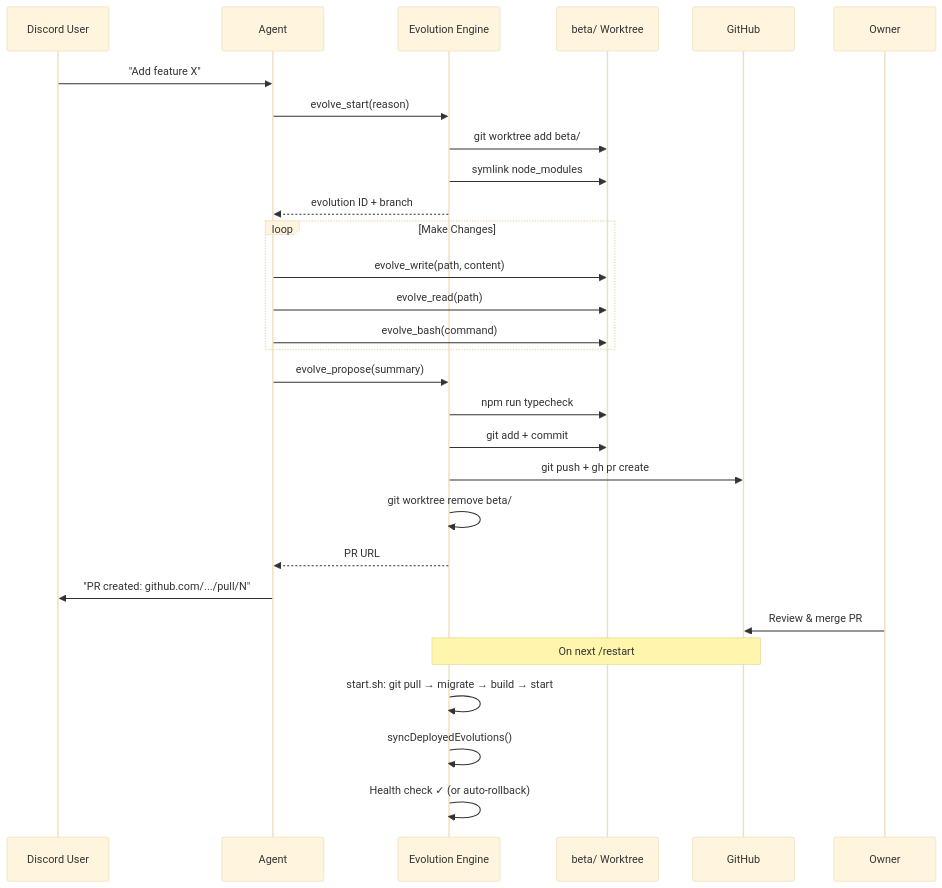
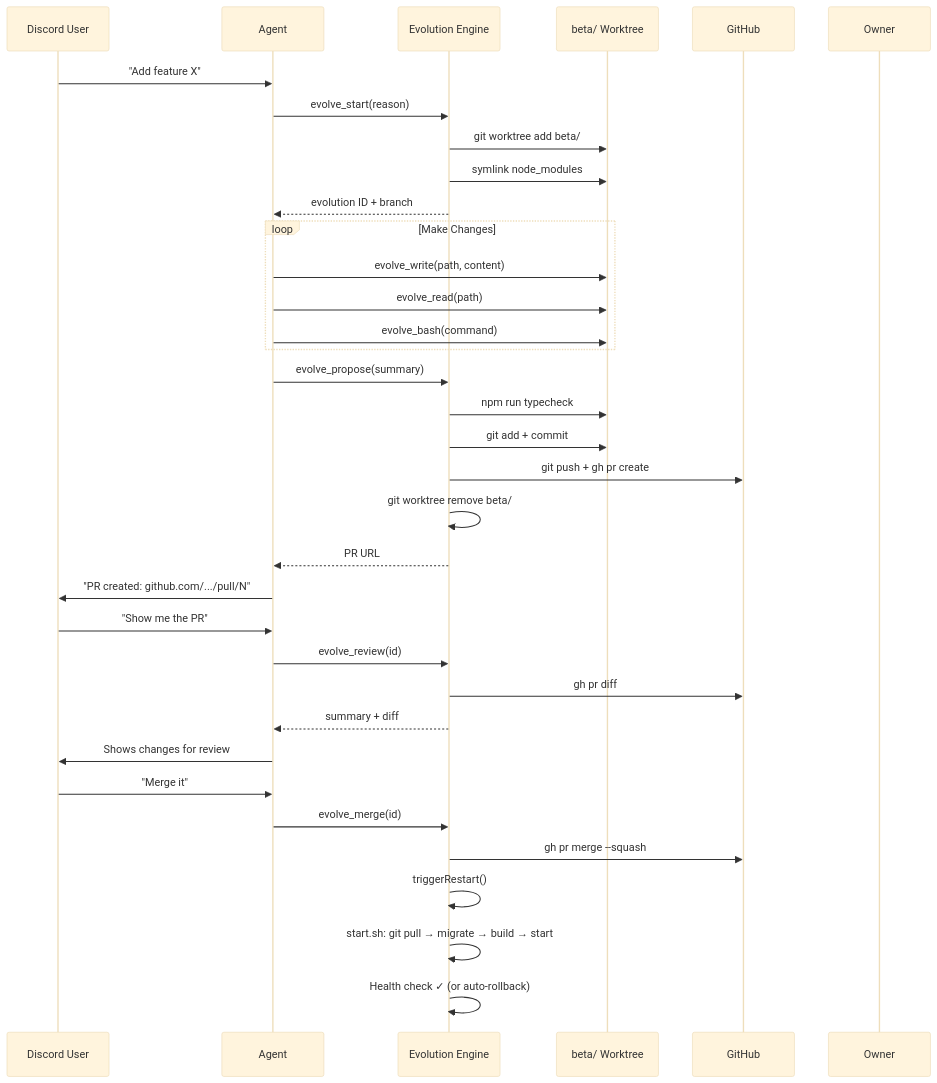
One commit to NaichuanZhang/discord-claw changed the fifth of 5 diagrams in README.md. Above: the diagram before and after it, drawn with Mermaid (base theme). The commit also changed other lines of this file and 3 other files, not shown here.

First line of the commit message:
feat: add evolve_review and evolve_merge tools for Discord-driven deployment

````diff
--- a/README.md
+++ b/README.md
@@ -194,36 +194,43 @@
 ```mermaid
 sequenceDiagram
     participant U as Discord User
     participant A as Agent
     participant E as Evolution Engine
     participant W as beta/ Worktree
     participant GH as GitHub
     participant O as Owner
 
     U->>A: "Add feature X"
     A->>E: evolve_start(reason)
     E->>W: git worktree add beta/
     E->>W: symlink node_modules
     E-->>A: evolution ID + branch
 
     loop Make Changes
         A->>W: evolve_write(path, content)
         A->>W: evolve_read(path)
         A->>W: evolve_bash(command)
     end
 
     A->>E: evolve_propose(summary)
     E->>W: npm run typecheck
     E->>W: git add + commit
     E->>GH: git push + gh pr create
     E->>E: git worktree remove beta/
     E-->>A: PR URL
 
     A->>U: "PR created: github.com/.../pull/N"
 
-    O->>GH: Review & merge PR
-    Note over GH,E: On next /restart
+    U->>A: "Show me the PR"
+    A->>E: evolve_review(id)
+    E->>GH: gh pr diff
+    E-->>A: summary + diff
+    A->>U: Shows changes for review
+
+    U->>A: "Merge it"
+    A->>E: evolve_merge(id)
+    E->>GH: gh pr merge --squash
+    E->>E: triggerRestart()
     E->>E: start.sh: git pull → migrate → build → start
-    E->>E: syncDeployedEvolutions()
     E->>E: Health check ✓ (or auto-rollback)
 ```
````
